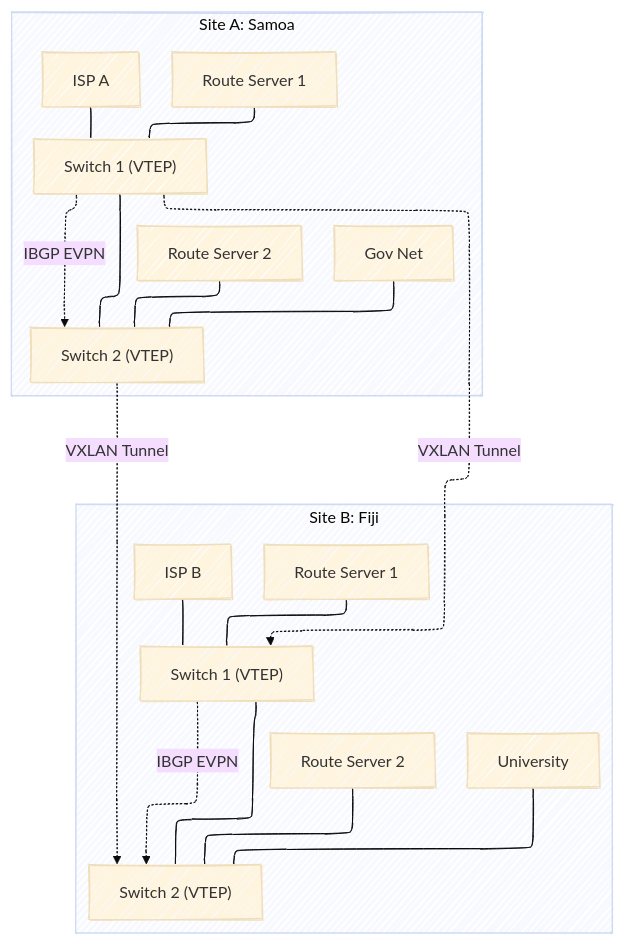
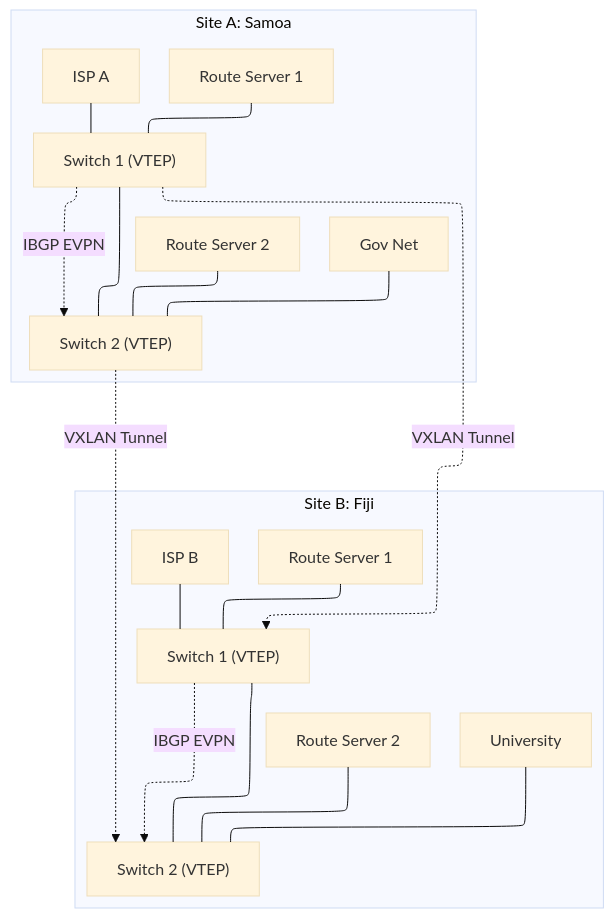
One commit to IEISI-ORG/pacixp changed the diagram in docs/default_topology.mmd. Above: the diagram before and after it, drawn with Mermaid (base theme).

Commit message:
Remove 'look' configuration from default topology
Remove 'look' configuration from the layout settings.

```diff
--- a/docs/default_topology.mmd
+++ b/docs/default_topology.mmd
@@ -1,36 +1,35 @@
 ---
 config:
   layout: elk
-  look: handDrawn
 ---
 flowchart TB
  subgraph subGraph0["Site A: Samoa"]
         A_SW2["Switch 2 (VTEP)"]
         A_SW1["Switch 1 (VTEP)"]
         A_RS1["Route Server 1"]
         A_RS2["Route Server 2"]
         Member_A1["ISP A"]
         Member_A2["Gov Net"]
   end
  subgraph subGraph1["Site B: Fiji"]
         B_SW2["Switch 2 (VTEP)"]
         B_SW1["Switch 1 (VTEP)"]
         B_RS1["Route Server 1"]
         B_RS2["Route Server 2"]
         Member_B1["ISP B"]
         Member_B2["University"]
   end
     A_SW1 --- A_SW2
     A_RS1 --- A_SW1
     A_RS2 --- A_SW2
     Member_A1 --- A_SW1
     Member_A2 --- A_SW2
     B_SW1 --- B_SW2
     B_RS1 --- B_SW1
     B_RS2 --- B_SW2
     Member_B1 --- B_SW1
     Member_B2 --- B_SW2
     A_SW1 -. VXLAN Tunnel .-> B_SW1
     A_SW2 -. VXLAN Tunnel .-> B_SW2
     A_SW1 -. IBGP EVPN .-> A_SW2
     B_SW1 -. IBGP EVPN .-> B_SW2
```
